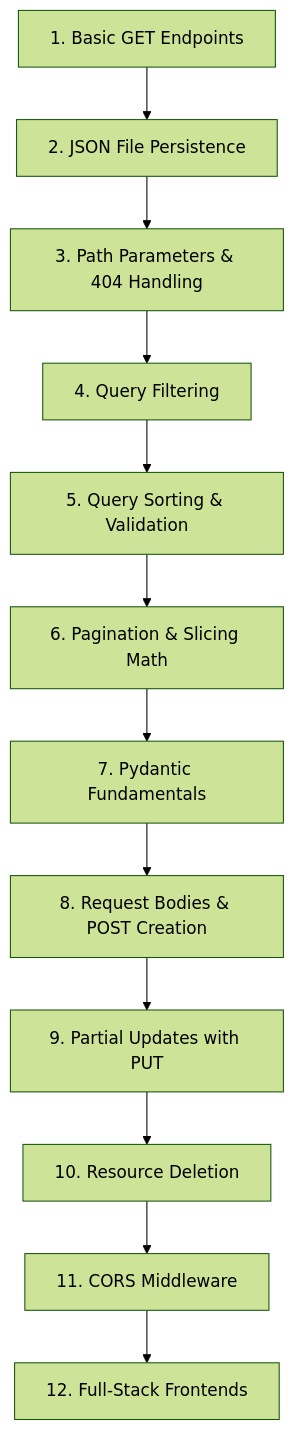
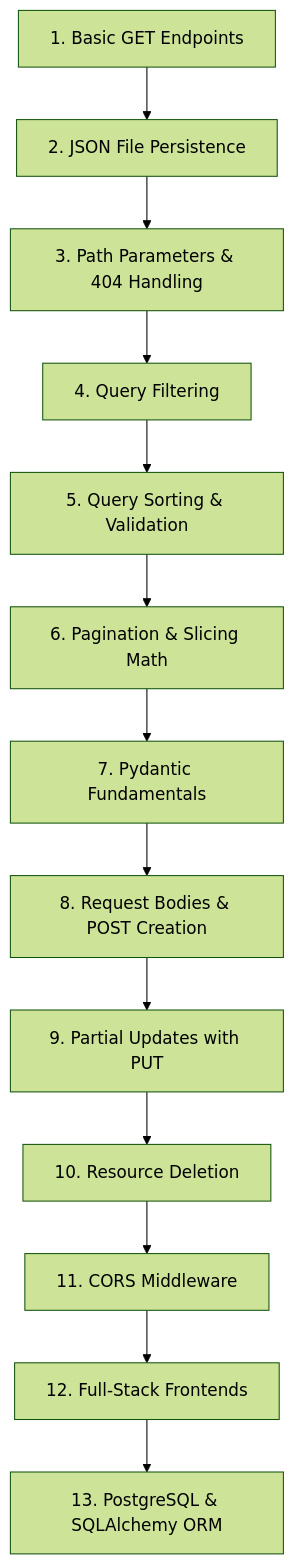
One commit to gyr0byte/FastAPI-Learning changed the first of 2 diagrams in README.md. Above: the diagram before and after it, drawn with Mermaid (forest theme). The commit also changed other lines of this file, not shown here.

Commit message:
docs: add SQLAlchemy and PostgreSQL badges and documentation to README

````diff
--- a/README.md
+++ b/README.md
@@ -52,14 +55,15 @@
 ```mermaid
 flowchart TD
     A["1. Basic GET Endpoints"] --> B["2. JSON File Persistence"]
     B --> C["3. Path Parameters & 404 Handling"]
     C --> D["4. Query Filtering"]
     D --> E["5. Query Sorting & Validation"]
     E --> F["6. Pagination & Slicing Math"]
     F --> G["7. Pydantic Fundamentals"]
     G --> H["8. Request Bodies & POST Creation"]
     H --> I["9. Partial Updates with PUT"]
     I --> J["10. Resource Deletion"]
     J --> K["11. CORS Middleware"]
     K --> L["12. Full-Stack Frontends"]
+    L --> M["13. PostgreSQL & SQLAlchemy ORM"]
 ```
````
